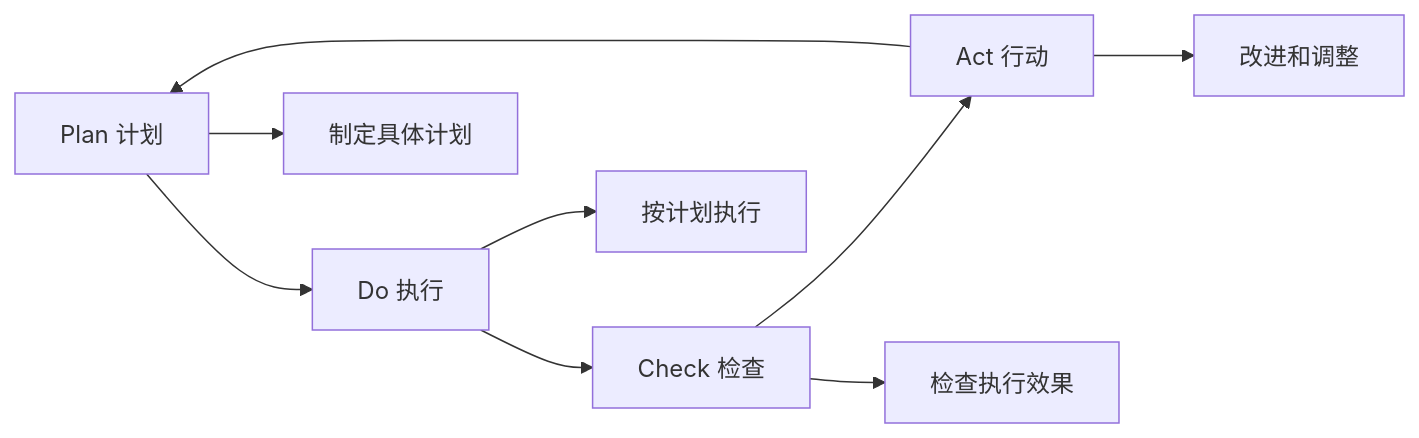
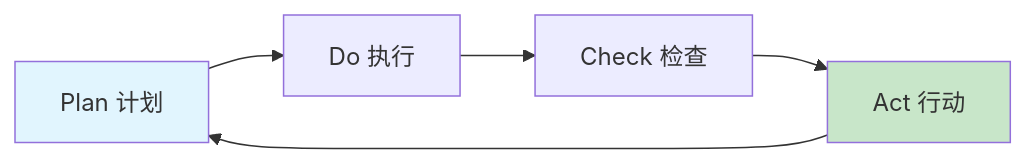
One commit to chongyang211/YCBookBlog changed the diagram in packages/website/13.书籍/04.自我精进·学习/02.认知觉醒/03.一起来做个练习.md. Above: the diagram before and after it, drawn with Mermaid. The commit also changed other lines of this file and 83 other files, not shown here.

````diff
--- a/packages/website/13.书籍/04.自我精进·学习/02.认知觉醒/03.一起来做个练习.md
+++ b/packages/website/13.书籍/04.自我精进·学习/02.认知觉醒/03.一起来做个练习.md
@@ -212,12 +132,9 @@
 ```mermaid
 graph LR
     A[Plan 计划] --> B[Do 执行]
     B --> C[Check 检查]
     C --> D[Act 行动]
     D --> A
-    
-    A --> A1[制定具体计划]
-    B --> B1[按计划执行]
-    C --> C1[检查执行效果]
-    D --> D1[改进和调整]
+    style A fill:#e1f5fe
+    style D fill:#c8e6c9
 ```
````
